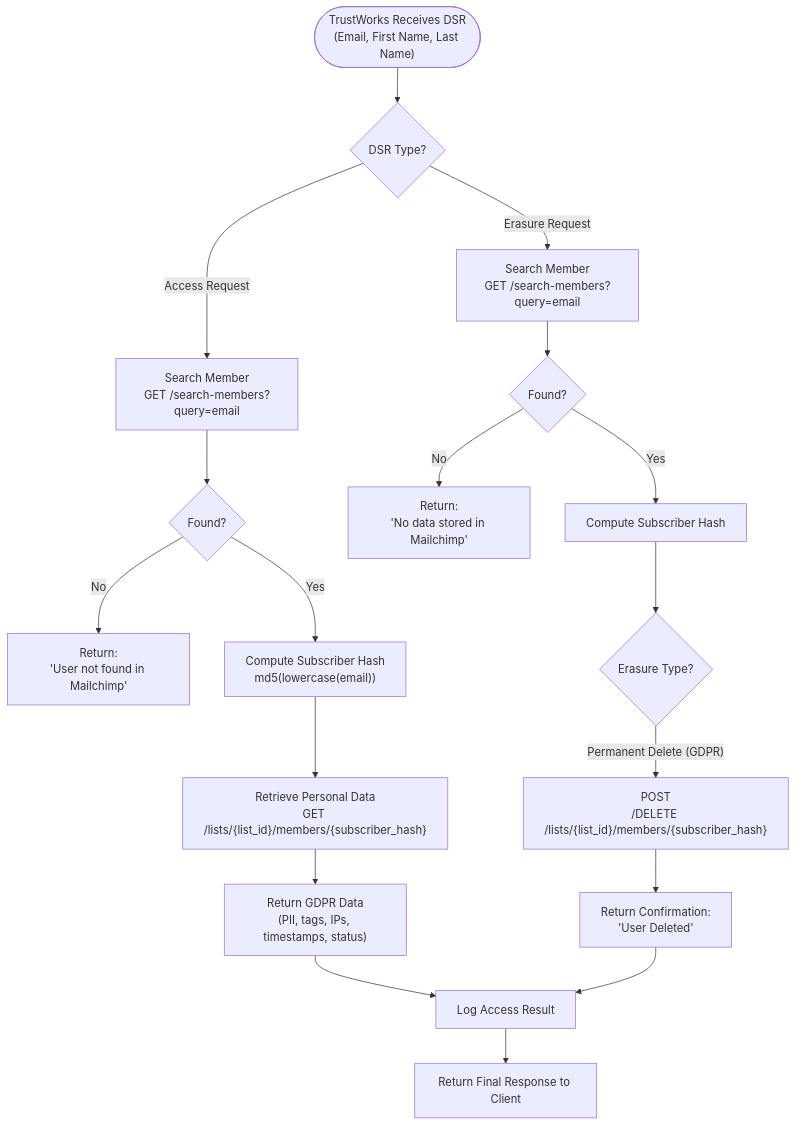
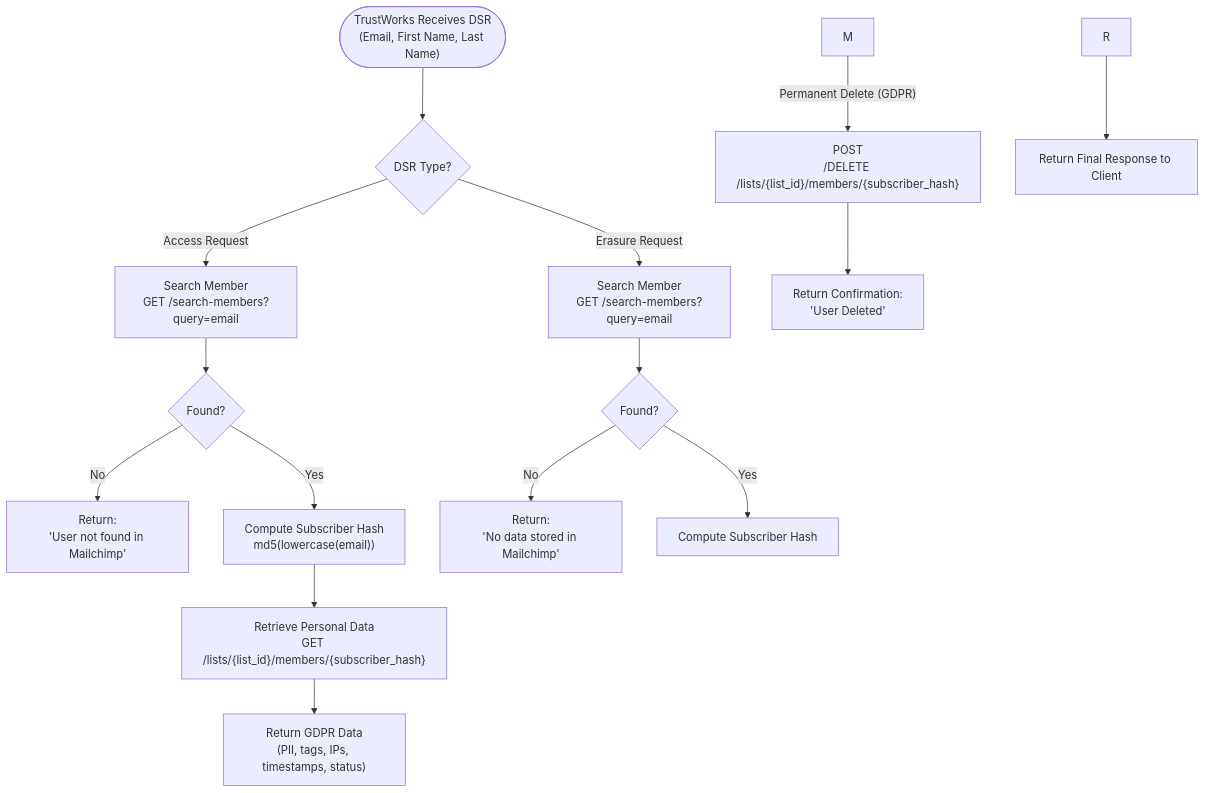
Before and after one commit to pratah/mailchimp-api: the diagram in recruitment-assignment.md, drawn with Mermaid.

````diff
--- a/recruitment-assignment.md
+++ b/recruitment-assignment.md
@@ -27,26 +27,23 @@
 ```mermaid
 flowchart TD
     A(["TrustWorks Receives DSR<br/>(Email, First Name, Last Name)"]) --> B{"DSR Type?"}
     
     %% Access Request Path
     B -->|"Access Request"| C["Search Member<br/>GET /search-members?query=email"]
     C --> D{"Found?"}
     D -->|"No"| E["Return:<br/>'User not found in Mailchimp'"]
     D -->|"Yes"| F["Compute Subscriber Hash<br/>md5(lowercase(email))"]
     F --> G["Retrieve Personal Data<br/>GET /lists/{list_id}/members/{subscriber_hash}"]
     G --> H["Return GDPR Data<br/>(PII, tags, IPs, timestamps, status)"]
     
     %% Erasure Request Path
     B -->|"Erasure Request"| I["Search Member<br/>GET /search-members?query=email"]
     I --> J{"Found?"}
     J -->|"No"| K["Return:<br/>'No data stored in Mailchimp'"]
     J -->|"Yes"| L["Compute Subscriber Hash"]
-    L --> M{"Erasure Type?"}
     M -->|"Permanent Delete (GDPR)"| N["POST<br/>/DELETE /lists/{list_id}/members/{subscriber_hash}"]
     N --> O["Return Confirmation:<br/>'User Deleted'"]
     
     %% Logs
-    H --> R["Log Access Result"]
-    O --> R
     R --> S["Return Final Response to Client"]
 ```
````
